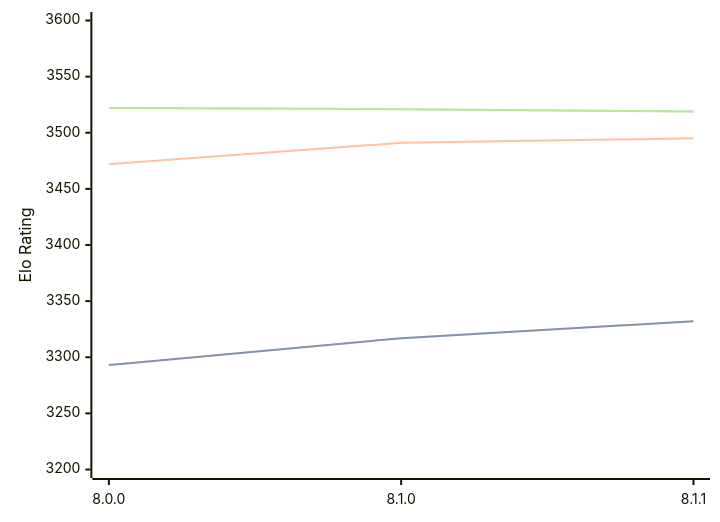
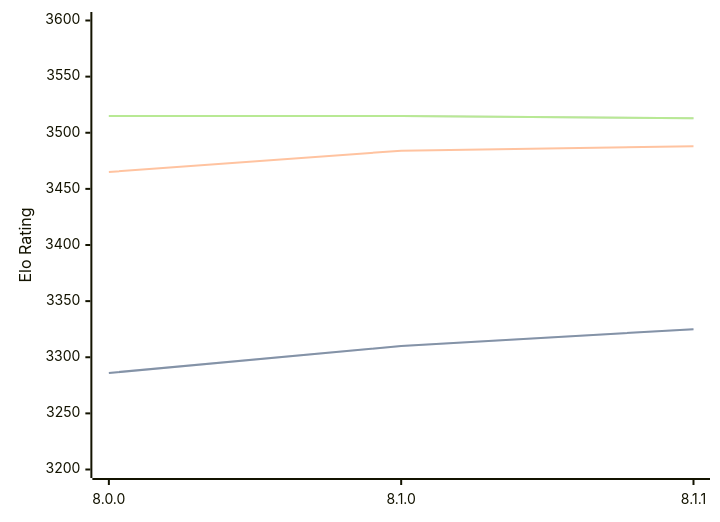
One commit to computer-chess-index/cci changed the diagram in engines/Velvet.md. Above: the diagram before and after it, drawn with Mermaid. The commit also changed other lines of this file, not shown here.

Commit message:
Update CCI Ratings (ELO VLTC) - 2026-05-18

````diff
--- a/engines/Velvet.md
+++ b/engines/Velvet.md
@@ -57,11 +57,11 @@
 ```mermaid
 %%{init: {"theme":"base","themeVariables":{"seriesColors:['#a3a3a3','#222221','#faa371']}}}%%
 xychart-beta
   x-axis ["8.0.0", "8.1.0", "8.1.1"]
   y-axis "Elo Rating" 3200 --> 3600
-  line "STC (8.0+0.08s)" [3293, 3317, 3332]
-  line "STC (8.0+0.08s)" [3293, 3317, 3332]
-  line "LTC (60.0+0.60s)" [3472, 3491, 3495]
-  line "VLTC (2m24s+1.12s)" [3522, 3521, 3519]
-  line "VLTC (2m24s+1.12s)" [3522, 3521, 3519]
+  line "STC (8.0+0.08s)" [3286, 3310, 3325]
+  line "STC (8.0+0.08s)" [3286, 3310, 3325]
+  line "LTC (60.0+0.60s)" [3465, 3484, 3488]
+  line "VLTC (2m24s+1.12s)" [3515, 3515, 3513]
+  line "VLTC (2m24s+1.12s)" [3515, 3515, 3513]
 ```
````
